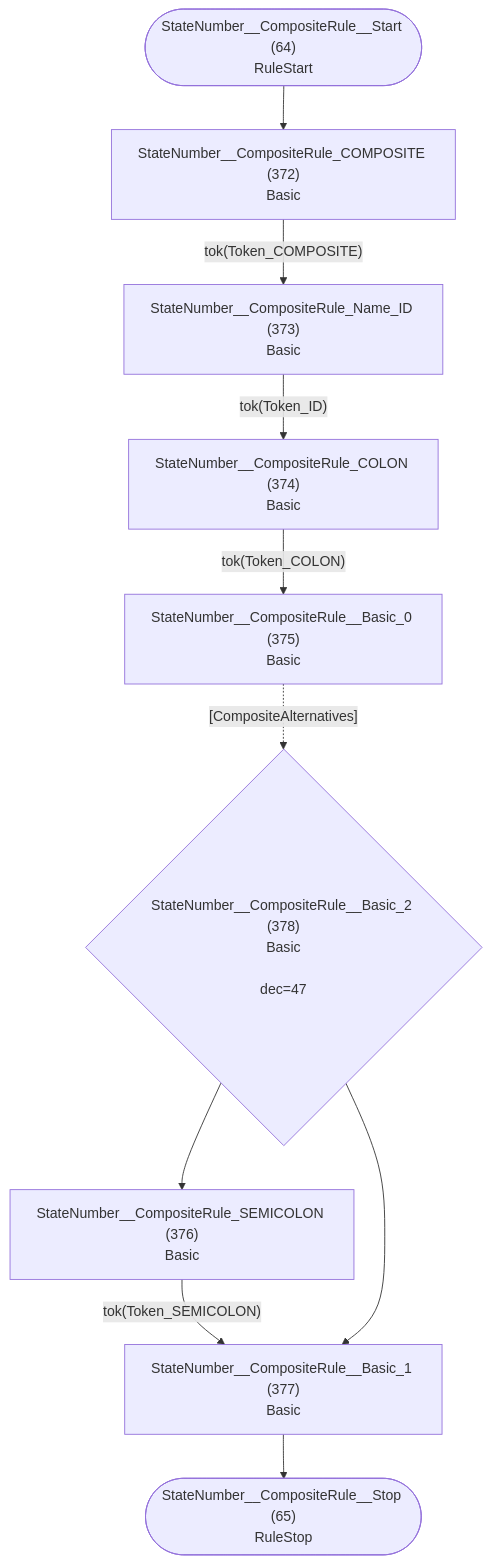
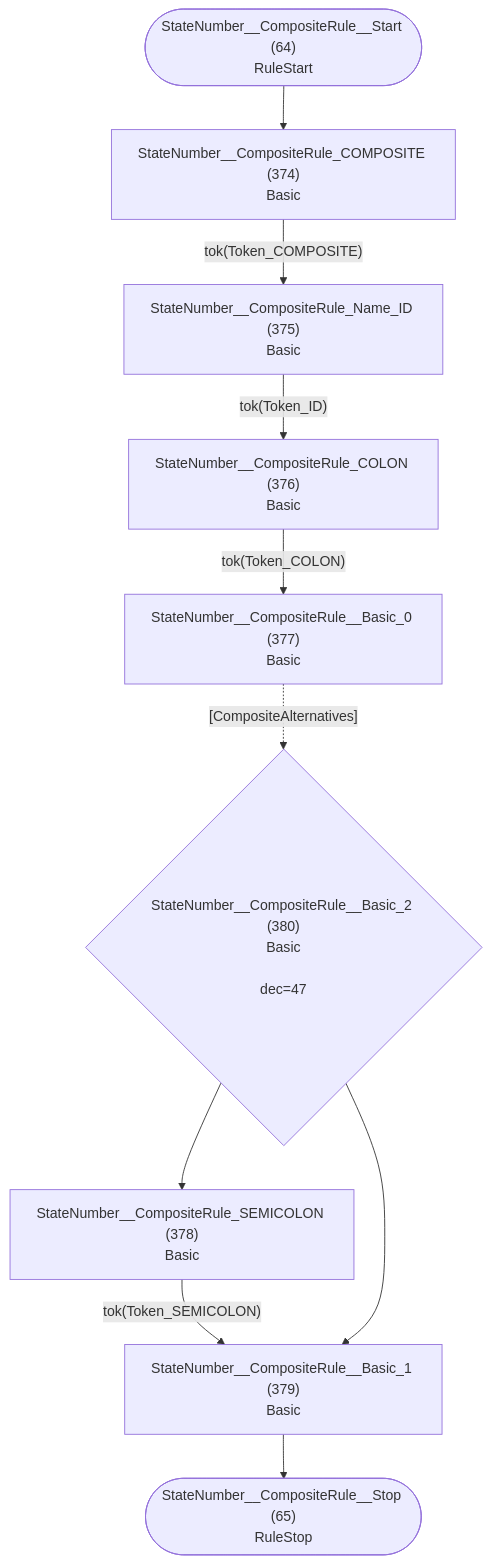
One commit to TypeFox/fastbelt changed diagram 33 of 36 in internal/grammar/atn.md. Above: the diagram before and after it, drawn with Mermaid. The commit also changed other lines of this file and 11 other files, not shown here.

````diff
--- a/internal/grammar/atn.md
+++ b/internal/grammar/atn.md
@@ -990,22 +994,22 @@
 ```mermaid
 flowchart TD
     q64(["StateNumber__CompositeRule__Start (64)<br/>RuleStart"])
     q65(["StateNumber__CompositeRule__Stop (65)<br/>RuleStop"])
-    q372["StateNumber__CompositeRule_COMPOSITE (372)<br/>Basic<br/>"]
-    q373["StateNumber__CompositeRule_Name_ID (373)<br/>Basic<br/>"]
-    q374["StateNumber__CompositeRule_COLON (374)<br/>Basic<br/>"]
-    q375["StateNumber__CompositeRule__Basic_0 (375)<br/>Basic<br/>"]
-    q376["StateNumber__CompositeRule_SEMICOLON (376)<br/>Basic<br/>"]
-    q377["StateNumber__CompositeRule__Basic_1 (377)<br/>Basic<br/>"]
-    q378{"StateNumber__CompositeRule__Basic_2 (378)<br/>Basic<br/><br/>dec=47"}
+    q374["StateNumber__CompositeRule_COMPOSITE (374)<br/>Basic<br/>"]
+    q375["StateNumber__CompositeRule_Name_ID (375)<br/>Basic<br/>"]
+    q376["StateNumber__CompositeRule_COLON (376)<br/>Basic<br/>"]
+    q377["StateNumber__CompositeRule__Basic_0 (377)<br/>Basic<br/>"]
+    q378["StateNumber__CompositeRule_SEMICOLON (378)<br/>Basic<br/>"]
+    q379["StateNumber__CompositeRule__Basic_1 (379)<br/>Basic<br/>"]
+    q380{"StateNumber__CompositeRule__Basic_2 (380)<br/>Basic<br/><br/>dec=47"}
 
-    q64 --> q372
-    q372 -->|"tok(Token_COMPOSITE)"| q373
-    q373 -->|"tok(Token_ID)"| q374
-    q374 -->|"tok(Token_COLON)"| q375
-    q375 -.->|"[CompositeAlternatives]"| q378
-    q376 -->|"tok(Token_SEMICOLON)"| q377
-    q377 --> q65
-    q378 --> q376
-    q378 --> q377
+    q64 --> q374
+    q374 -->|"tok(Token_COMPOSITE)"| q375
+    q375 -->|"tok(Token_ID)"| q376
+    q376 -->|"tok(Token_COLON)"| q377
+    q377 -.->|"[CompositeAlternatives]"| q380
+    q378 -->|"tok(Token_SEMICOLON)"| q379
+    q379 --> q65
+    q380 --> q378
+    q380 --> q379
 ```
````
